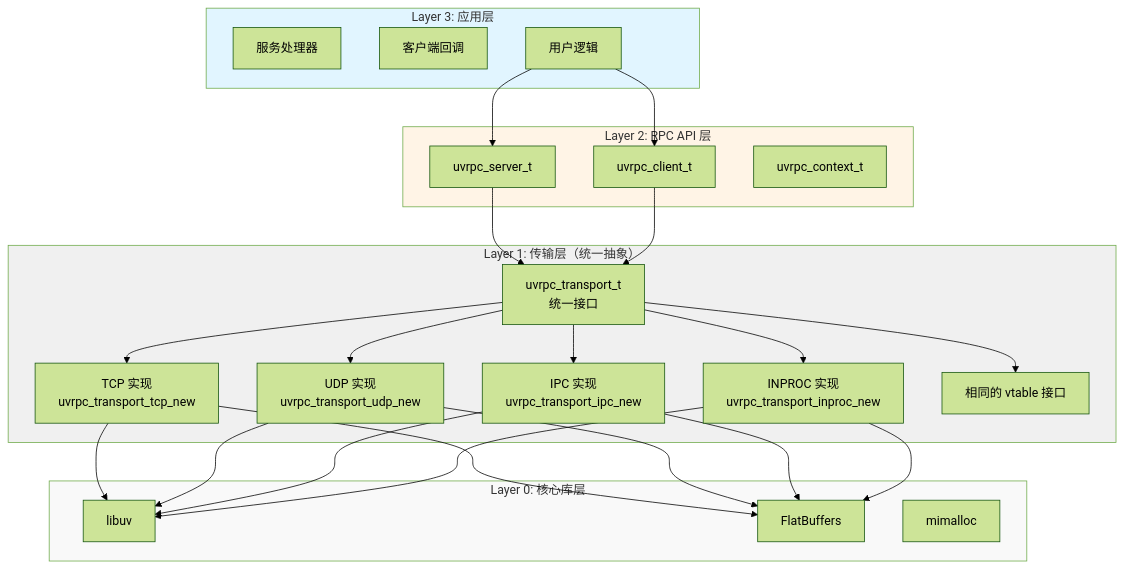
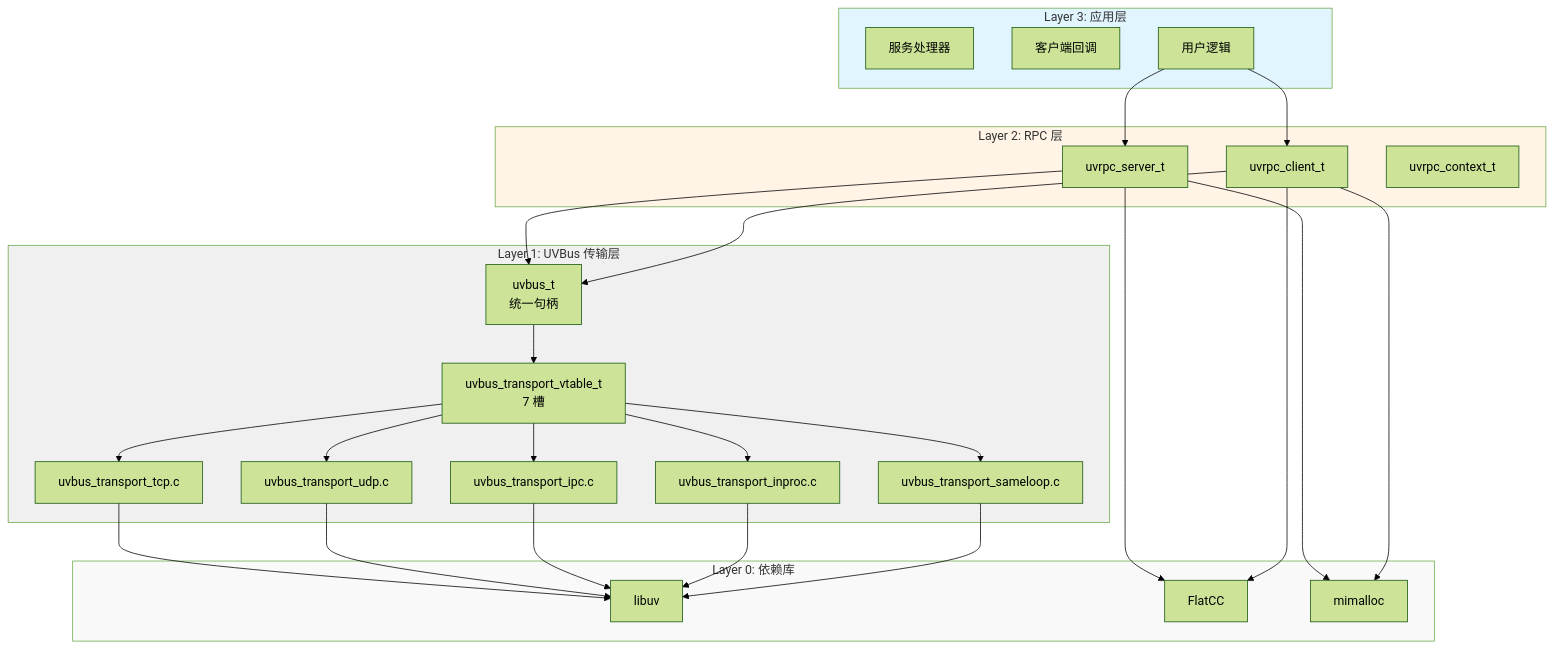
One commit to adam-ikari/uvrpc changed the first of 2 diagrams in docs/guide/design-philosophy.md. Above: the diagram before and after it, drawn with Mermaid (forest theme). The commit also changed other lines of this file and 19 other files, not shown here.

````diff
--- a/docs/guide/design-philosophy.md
+++ b/docs/guide/design-philosophy.md
@@ -420,52 +459,55 @@
 ```mermaid
 graph TB
     subgraph Layer3["Layer 3: 应用层"]
         A1[服务处理器]
         A2[客户端回调]
         A3[用户逻辑]
     end
-    
-    subgraph Layer2["Layer 2: RPC API 层"]
+
+    subgraph Layer2["Layer 2: RPC 层"]
         B1[uvrpc_server_t]
         B2[uvrpc_client_t]
         B3[uvrpc_context_t]
     end
-    
-    subgraph Layer1["Layer 1: 传输层（统一抽象）"]
-        C1[uvrpc_transport_t<br/>统一接口]
-        C2[TCP 实现<br/>uvrpc_transport_tcp_new]
-        C3[UDP 实现<br/>uvrpc_transport_udp_new]
-        C4[IPC 实现<br/>uvrpc_transport_ipc_new]
-        C5[INPROC 实现<br/>uvrpc_transport_inproc_new]
-        C6[相同的 vtable 接口]
+
+    subgraph Layer1["Layer 1: UVBus 传输层"]
+        C1[uvbus_t<br/>统一句柄]
+        C1v[uvbus_transport_vtable_t<br/>7 槽]
+        C2[uvbus_transport_tcp.c]
+        C3[uvbus_transport_udp.c]
+        C4[uvbus_transport_ipc.c]
+        C5[uvbus_transport_inproc.c]
+        C7[uvbus_transport_sameloop.c]
     end
-    
-    subgraph Layer0["Layer 0: 核心库层"]
+
+    subgraph Layer0["Layer 0: 依赖库"]
         D1[libuv]
-        D2[FlatBuffers]
+        D2[FlatCC]
         D3[mimalloc]
     end
-    
+
     A3 --> B1
     A3 --> B2
     B1 --> C1
     B2 --> C1
-    C1 --> C2
-    C1 --> C3
-    C1 --> C4
-    C1 --> C5
-    C1 --> C6
+    B1 --> D2
+    B2 --> D2
+    C1 --> C1v
+    C1v --> C2
+    C1v --> C3
+    C1v --> C4
+    C1v --> C5
+    C1v --> C7
     C2 --> D1
     C3 --> D1
     C4 --> D1
     C5 --> D1
-    C2 --> D2
-    C3 --> D2
-    C4 --> D2
-    C5 --> D2
-    
+    C7 --> D1
+    B1 --> D3
+    B2 --> D3
+
     style Layer3 fill:#e1f5ff
     style Layer2 fill:#fff4e6
     style Layer1 fill:#f0f0f0
     style Layer0 fill:#f9f9f9
 ```
````
